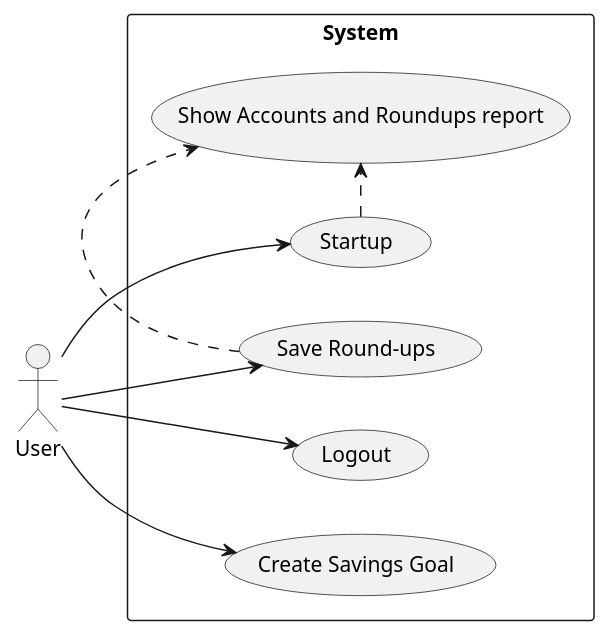
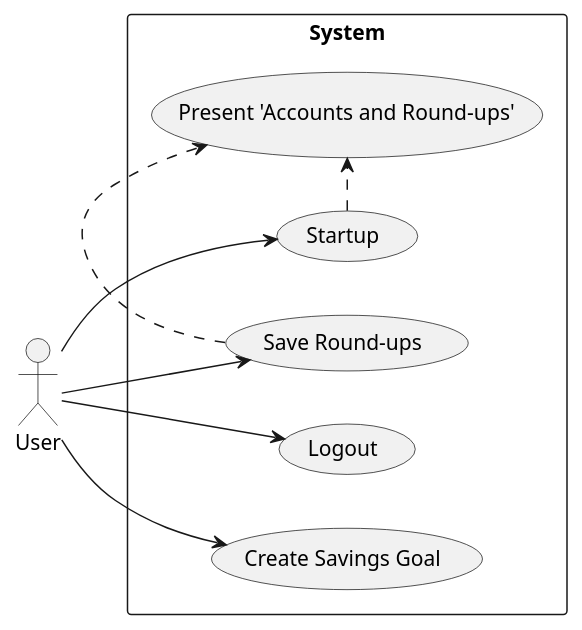
The diagram in diagrams/Use Case Diagram.puml (hristo-stefanov/MiniBankingDemo), drawn with PlantUML before and after one commit. The commit also changed 8 other files, not shown here.

```diff
--- a/diagrams/Use Case Diagram.puml
+++ b/diagrams/Use Case Diagram.puml
@@ -1,23 +1,23 @@
 @startuml
 'https://plantuml.com/use-case-diagram
 
 left to right direction
 actor User
 
 rectangle System {
 usecase Startup
 usecase Logout
 usecase "Save Round-ups"
 usecase "Create Savings Goal"
-usecase "Show Accounts and Roundups report"
+usecase "Present 'Accounts and Round-ups'"
 }
 
 User --> Startup
 User --> "Save Round-ups"
 User --> "Create Savings Goal"
 User --> "Logout"
 
-Startup .> "Show Accounts and Roundups report"
-"Save Round-ups" .> "Show Accounts and Roundups report"
+Startup .> "Present 'Accounts and Round-ups'"
+"Save Round-ups" .> "Present 'Accounts and Round-ups'"
 
 @enduml
```
